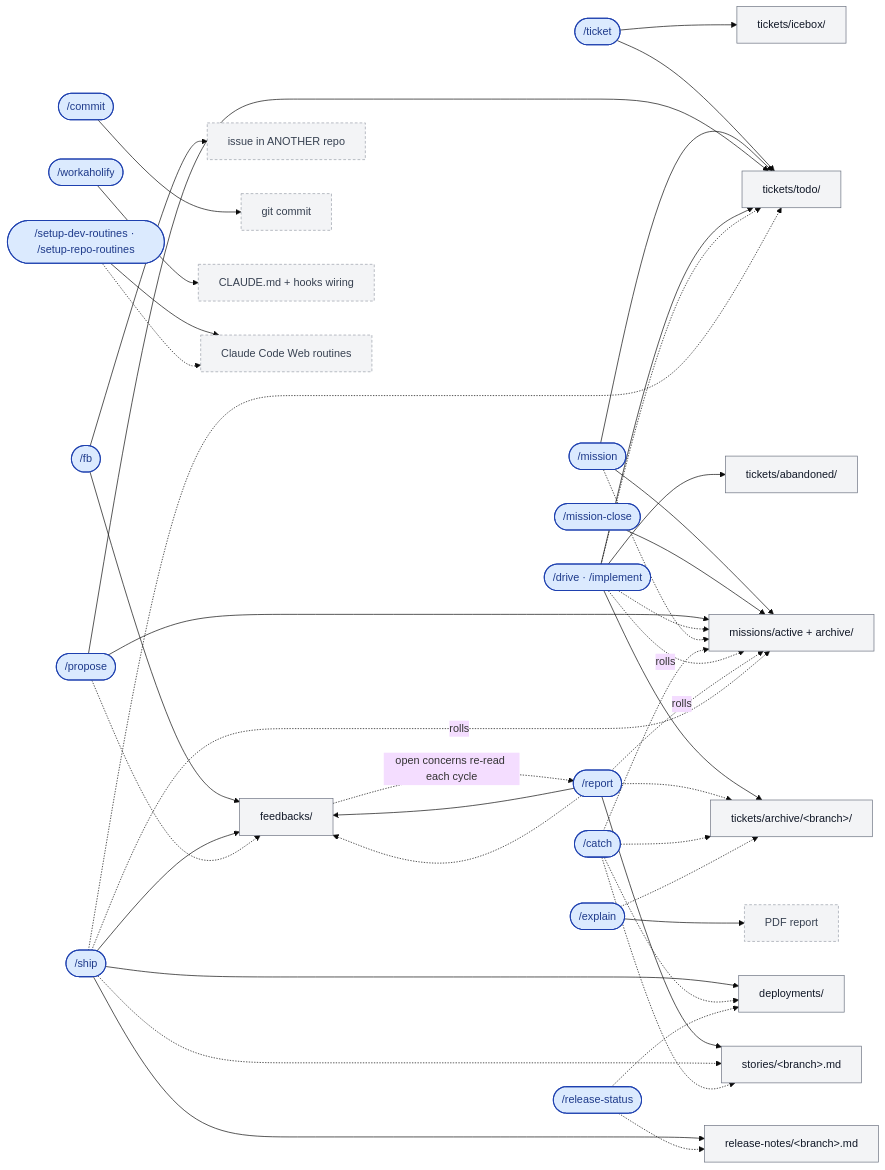
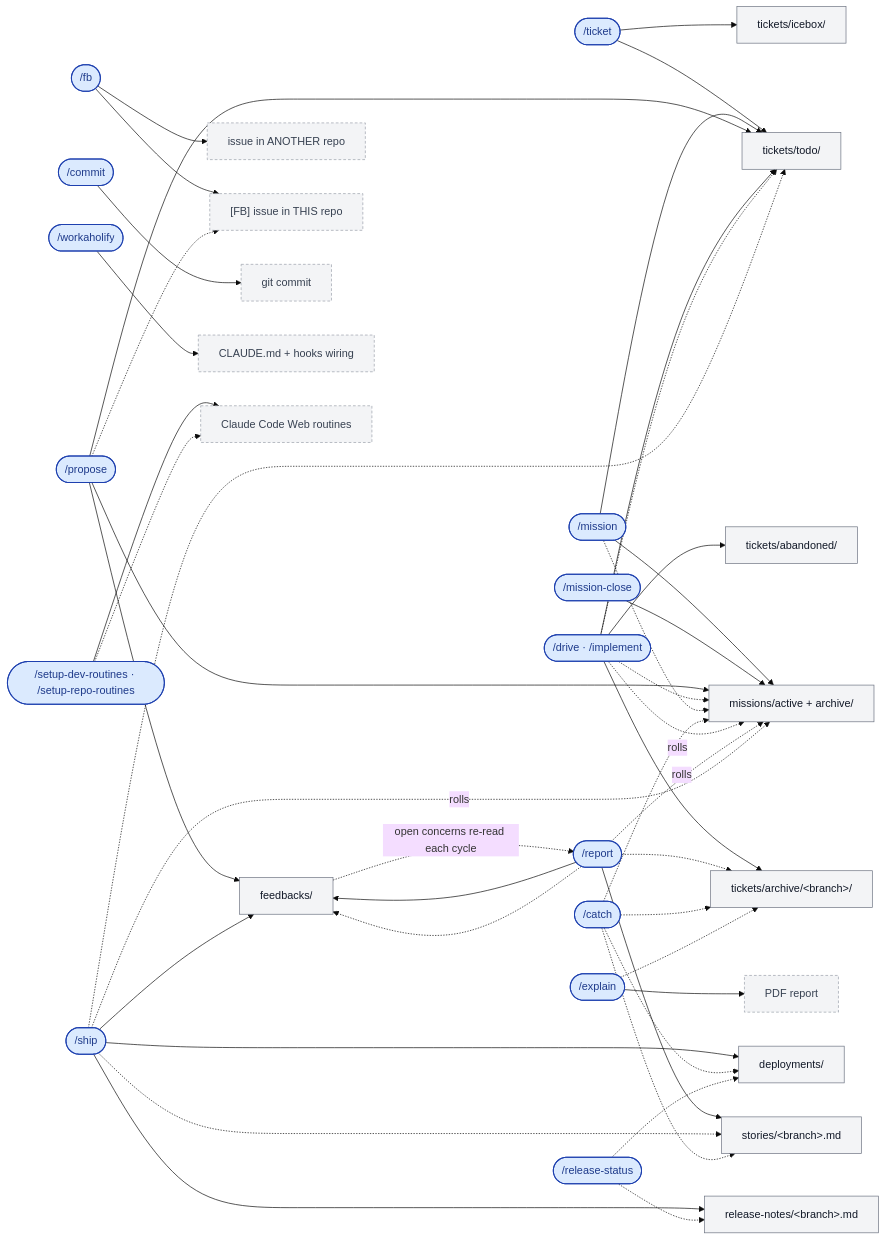
One commit to qmu/workaholic changed the fourth of 5 diagrams in README.md. Above: the diagram before and after it, drawn with Mermaid (base theme). The commit also changed other lines of this file and 7 other files, not shown here.

````diff
--- a/README.md
+++ b/README.md
@@ -327,6 +331,7 @@
 
   %% ---------- artifacts that land outside .workaholic/ (grey, dashed border) ----------
   EXT["issue in ANOTHER repo"]
+  OWN["[FB] issue in THIS repo"]
   PDF["PDF report"]
   WT["git commit"]
   CFG["CLAUDE.md + hooks wiring"]
@@ -336,12 +341,13 @@
   ticket --> TODO
   ticket --> ICE
   feedback --> EXT
+  feedback --> OWN
   mission --> MIS
   mission --> TODO
   missionclose --> MIS
   propose --> MIS
   propose --> TODO
-  feedback --> FBK
+  propose --> FBK
   drive --> ARCH
   drive --> ABD
   drive --> TODO
@@ -358,7 +364,7 @@
   %% ========== reference: dashed arrow = reads / refers ==========
   drive -.-> TODO
   drive -.-> MIS
-  propose -.-> FBK
+  propose -.-> OWN
   report -.-> ARCH
   report -.-> FBK
   ship -.-> STORY
@@ -387,5 +393,5 @@
   classDef ext fill:#f3f4f6,stroke:#9aa0aa,stroke-dasharray:4 3,color:#374151;
   class ticket,mission,missionclose,propose,feedback,drive,report,ship,releasestatus,catch,commit,explain,workaholify,setuproutines cmd;
   class TODO,ICE,ARCH,ABD,MIS,STORY,FBK,REL,DEP art;
-  class EXT,PDF,WT,CFG,ROUT ext;
+  class EXT,OWN,PDF,WT,CFG,ROUT ext;
 ```
````
